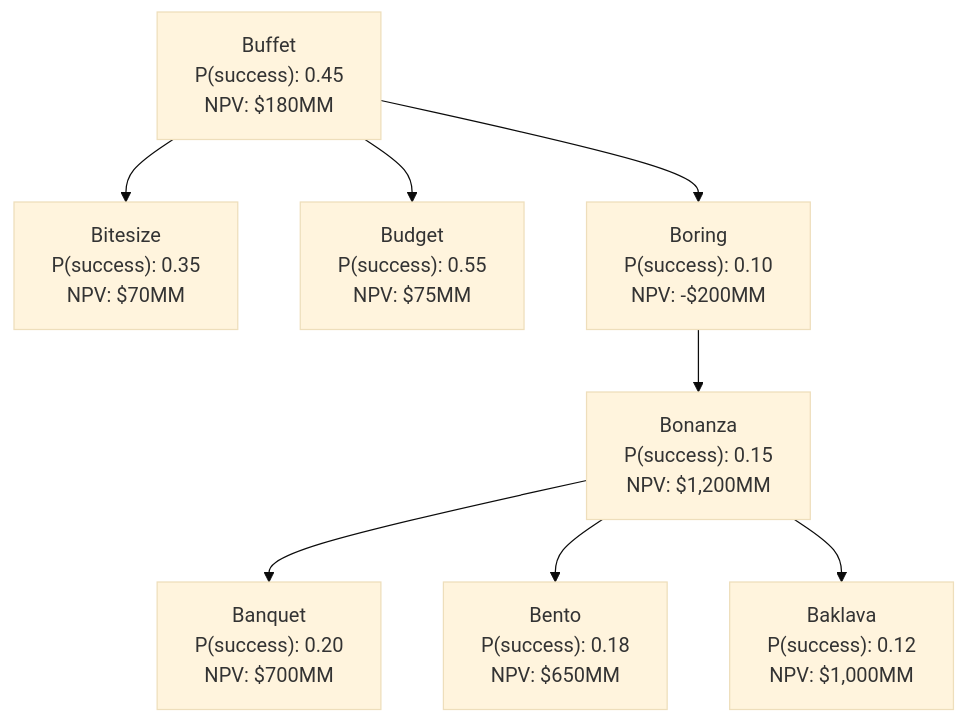
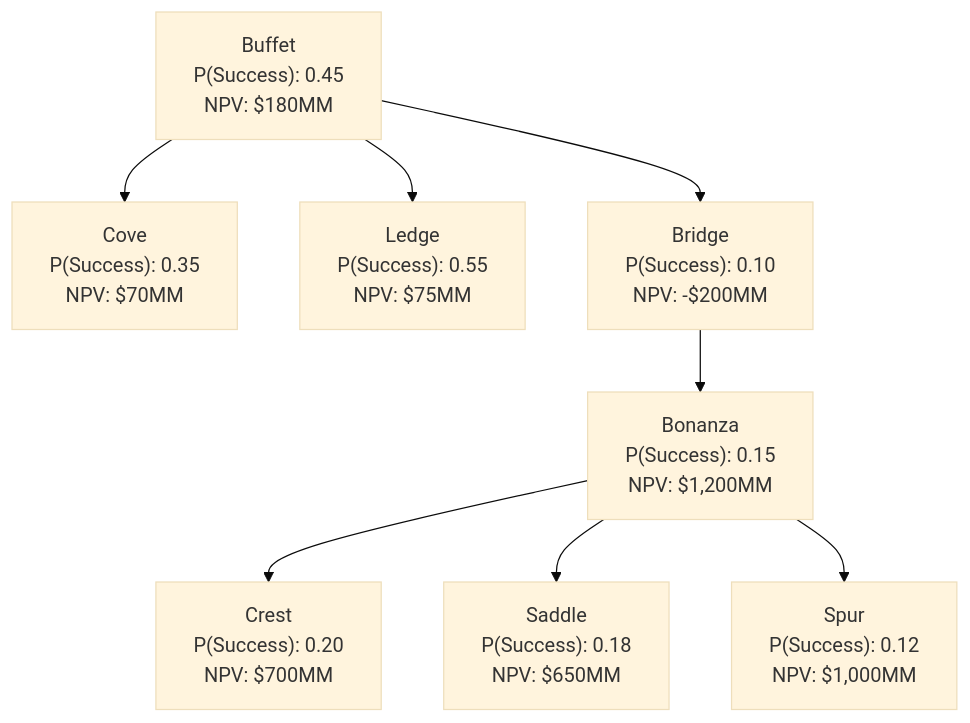
Before and after one commit to nick-dorsch/blog: the first of 2 diagrams in posts/resgo_portfolio/index.qmd, drawn with Mermaid (base theme). The commit also changed other lines of this file and 5 other files, not shown here.

````diff
--- a/posts/resgo_portfolio/index.qmd
+++ b/posts/resgo_portfolio/index.qmd
@@ -228,14 +229,14 @@
 ```{mermaid}
 flowchart TD
-    Buffet["Buffet<br/>P(success): 0.45<br/>NPV: $180MM"]
+    Buffet["Buffet<br/>P(Success): 0.45<br/>NPV: $180MM"]
 
-    Buffet --> Bitesize["Bitesize<br/>P(success): 0.35<br/>NPV: $70MM"]
-    Buffet --> Budget["Budget<br/>P(success): 0.55<br/>NPV: $75MM"]
-    Buffet --> Boring["Boring<br/>P(success): 0.10<br/>NPV: -$200MM"]
+    Buffet --> Cove["Cove<br/>P(Success): 0.35<br/>NPV: $70MM"]
+    Buffet --> Ledge["Ledge<br/>P(Success): 0.55<br/>NPV: $75MM"]
+    Buffet --> Bridge["Bridge<br/>P(Success): 0.10<br/>NPV: -$200MM"]
 
-    Boring --> Bonanza["Bonanza<br/>P(success): 0.15<br/>NPV: $1,200MM"]
+    Bridge --> Bonanza["Bonanza<br/>P(Success): 0.15<br/>NPV: $1,200MM"]
 
-    Bonanza --> Banquet["Banquet<br/>P(success): 0.20<br/>NPV: $700MM"]
-    Bonanza --> Bento["Bento<br/>P(success): 0.18<br/>NPV: $650MM"]
-    Bonanza --> Baklava["Baklava<br/>P(success): 0.12<br/>NPV: $1,000MM"]
+    Bonanza --> Crest["Crest<br/>P(Success): 0.20<br/>NPV: $700MM"]
+    Bonanza --> Saddle["Saddle<br/>P(Success): 0.18<br/>NPV: $650MM"]
+    Bonanza --> Spur["Spur<br/>P(Success): 0.12<br/>NPV: $1,000MM"]
 ```
````
